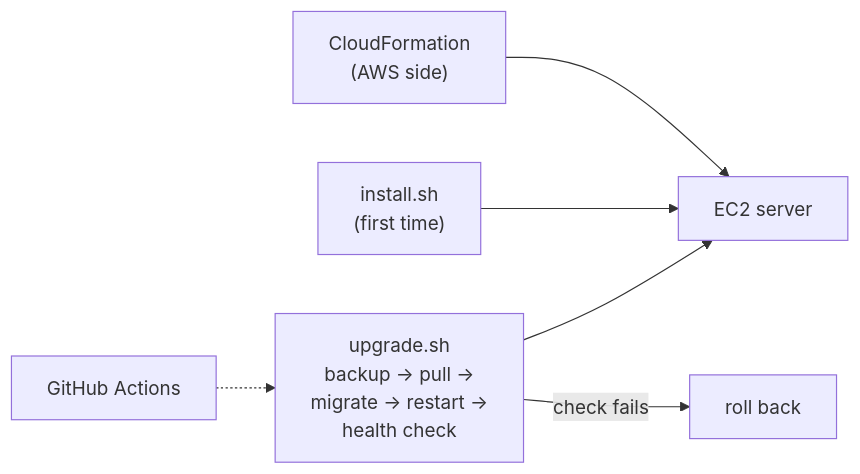
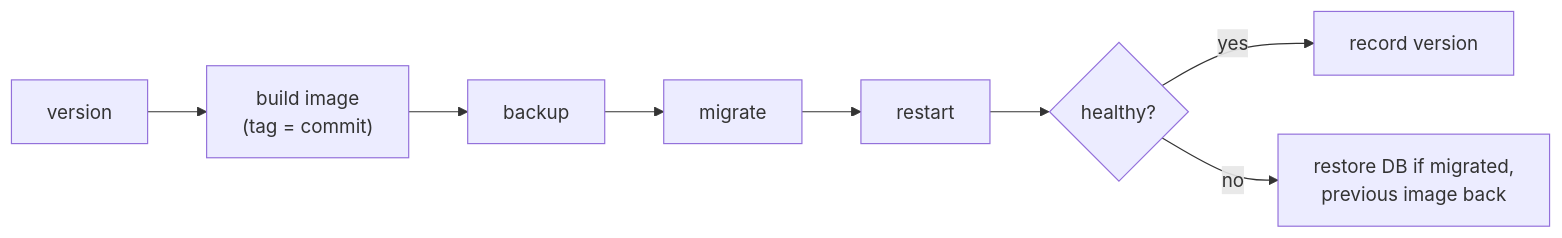
Before and after one commit to florinmarcus/builders_lab: the fifth of 5 diagrams in architecture/design/server.md, drawn with Mermaid. The commit also changed other lines of this file and 23 other files, not shown here.

First line of the commit message:
Deploy: CloudFormation (EC2 London, no SSH, snapshots, alarms, budget, GitHub OIDC role), Docker Compose (Postgres, app, Caddy HTTPS), install/upgrade/rollback/backup scripts with automatic rollback, CI and deploy workflow; ADR 0008

````diff
--- a/architecture/design/server.md
+++ b/architecture/design/server.md
@@ -143,8 +162,6 @@
 ```mermaid
 flowchart LR
-    cf["CloudFormation<br/>(AWS side)"] --> ec2["EC2 server"]
-    install["install.sh<br/>(first time)"] --> ec2
-    upgrade["upgrade.sh<br/>backup → pull →<br/>migrate → restart →<br/>health check"] --> ec2
-    upgrade -->|"check fails"| rollback["roll back"]
-    ci["GitHub Actions"] -.-> upgrade
+    v["version"] --> b["build image<br/>(tag = commit)"] --> bk["backup"] --> m["migrate"] --> r["restart"] --> h{"healthy?"}
+    h -->|yes| done["record version"]
+    h -->|no| rb["restore DB if migrated,<br/>previous image back"]
 ```
````
